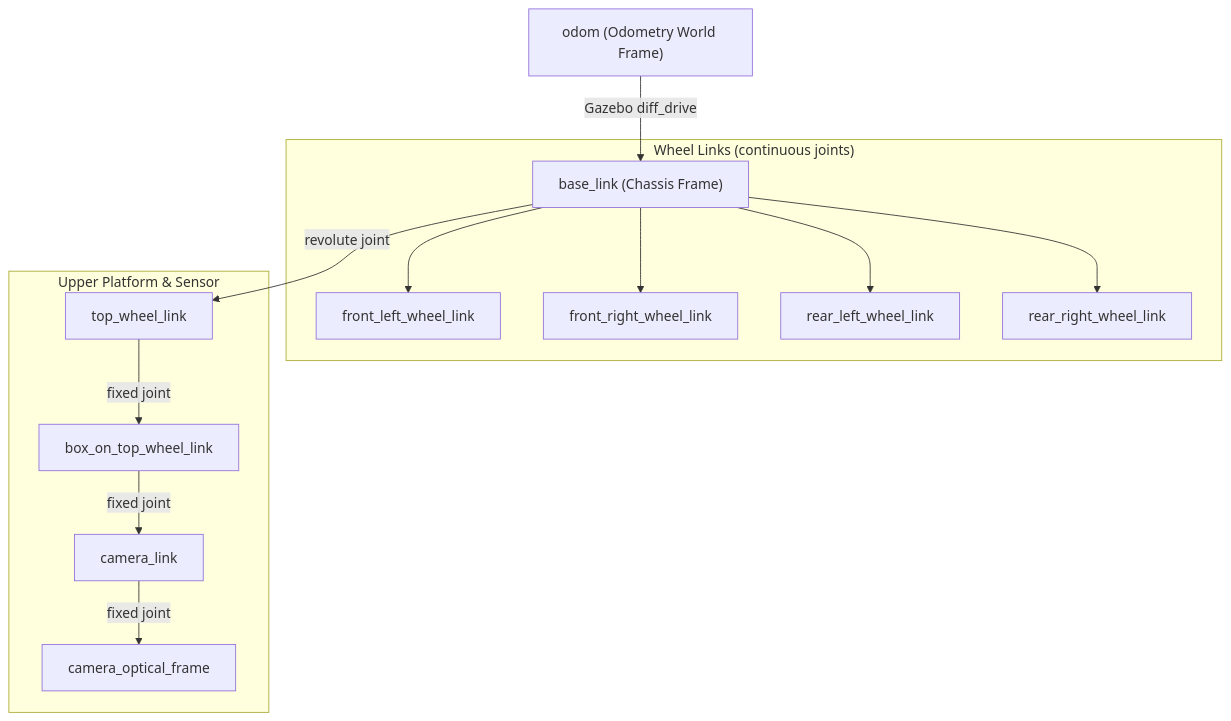
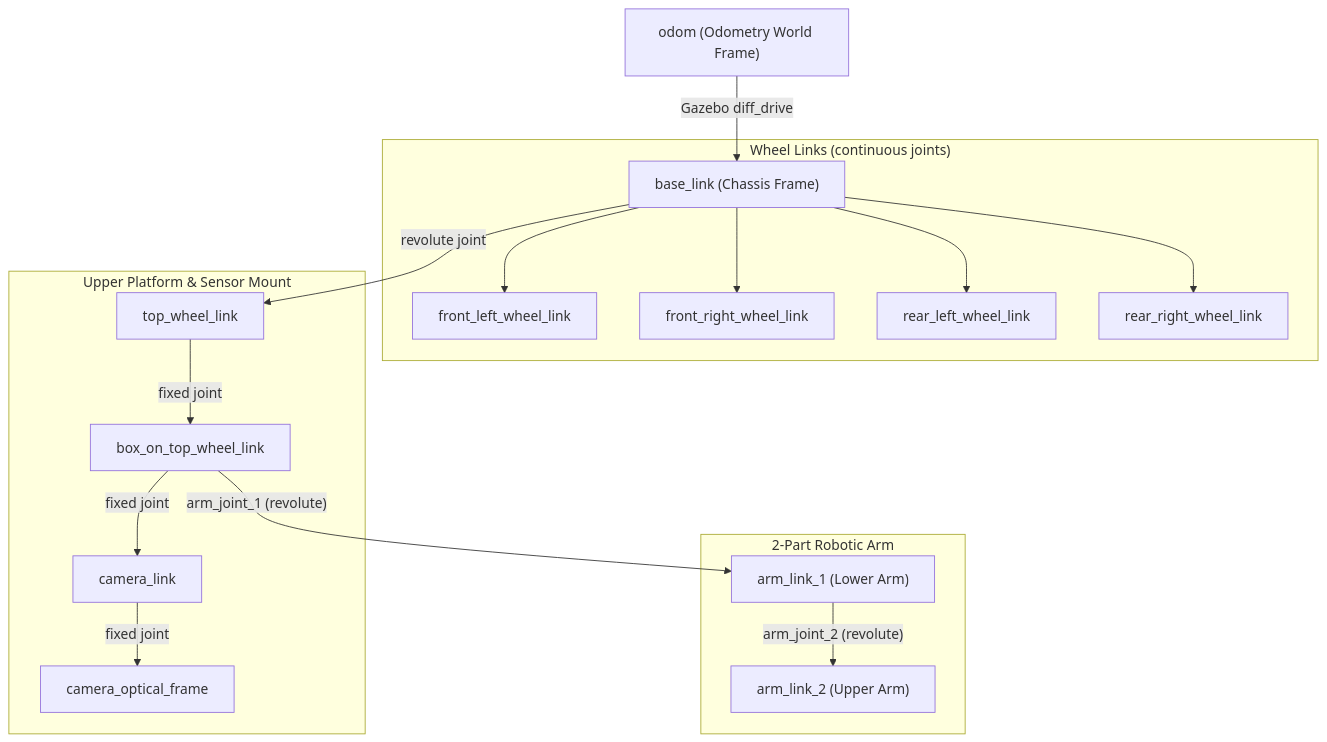
One commit to jinyongnan810/ros-practice changed the first of 2 diagrams in 5.urdf/readme.md. Above: the diagram before and after it, drawn with Mermaid. The commit also changed other lines of this file and 7 other files, not shown here.

Commit message:
update: add 2 part robot arm

````diff
--- a/5.urdf/readme.md
+++ b/5.urdf/readme.md
@@ -199,18 +201,23 @@
 ```mermaid
 flowchart TD
     world["odom (Odometry World Frame)"] -->|"Gazebo diff_drive"| base_link["base_link (Chassis Frame)"]
     
     subgraph Wheels["Wheel Links (continuous joints)"]
         base_link --> front_left["front_left_wheel_link"]
         base_link --> front_right["front_right_wheel_link"]
         base_link --> rear_left["rear_left_wheel_link"]
         base_link --> rear_right["rear_right_wheel_link"]
     end
 
-    subgraph Turret["Upper Platform & Sensor"]
+    subgraph Turret["Upper Platform & Sensor Mount"]
         base_link -->|"revolute joint"| top_wheel["top_wheel_link"]
         top_wheel -->|"fixed joint"| top_box["box_on_top_wheel_link"]
         top_box -->|"fixed joint"| camera["camera_link"]
         camera -->|"fixed joint"| camera_opt["camera_optical_frame"]
     end
+
+    subgraph Arm["2-Part Robotic Arm"]
+        top_box -->|"arm_joint_1 (revolute)"| arm_link_1["arm_link_1 (Lower Arm)"]
+        arm_link_1 -->|"arm_joint_2 (revolute)"| arm_link_2["arm_link_2 (Upper Arm)"]
+    end
 ```
````
